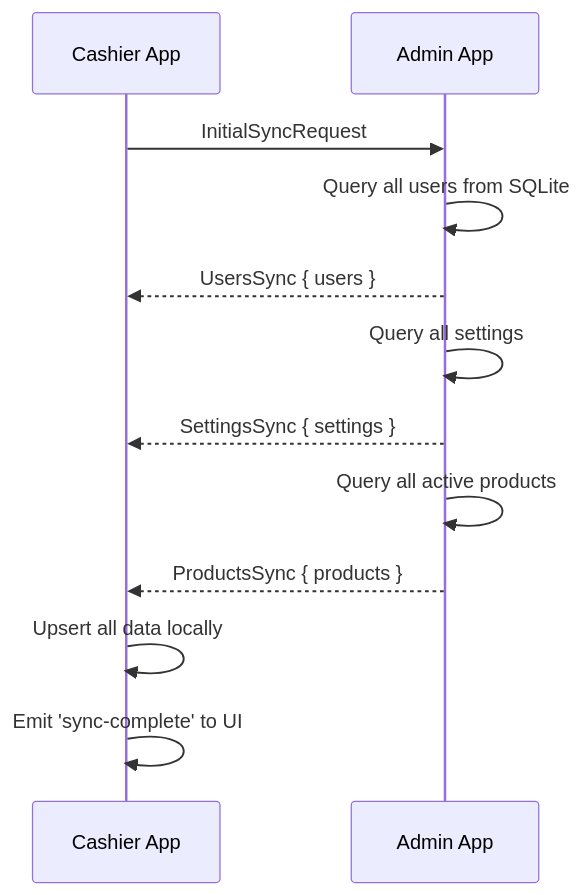
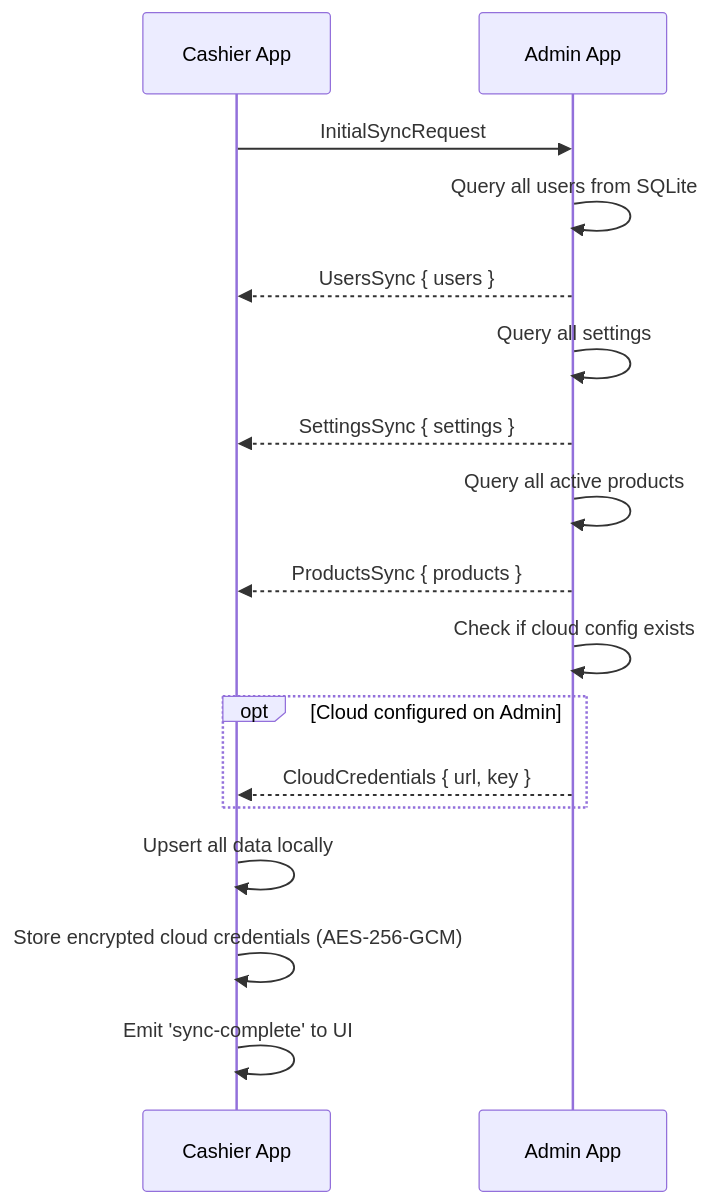
One commit to BootlegYouki/at-iba-pa-pos changed the seventh of 9 diagrams in docs/04-networking.md. Above: the diagram before and after it, drawn with Mermaid. The commit also changed other lines of this file and 32 other files, not shown here.

Commit message:
feat: Introduce comprehensive documentation covering database schema, cloud sync, security, and user guide, complemented by new UI screenshots.

````diff
--- a/docs/04-networking.md
+++ b/docs/04-networking.md
@@ -222,15 +226,20 @@
 ```mermaid
 sequenceDiagram
     participant Cashier as Cashier App
     participant Admin as Admin App
 
     Cashier->>Admin: InitialSyncRequest
     Admin->>Admin: Query all users from SQLite
     Admin-->>Cashier: UsersSync { users }
     Admin->>Admin: Query all settings
     Admin-->>Cashier: SettingsSync { settings }
     Admin->>Admin: Query all active products
     Admin-->>Cashier: ProductsSync { products }
+    Admin->>Admin: Check if cloud config exists
+    opt Cloud configured on Admin
+        Admin-->>Cashier: CloudCredentials { url, key }
+    end
     Cashier->>Cashier: Upsert all data locally
+    Cashier->>Cashier: Store encrypted cloud credentials (AES-256-GCM)
     Cashier->>Cashier: Emit 'sync-complete' to UI
 ```
````
